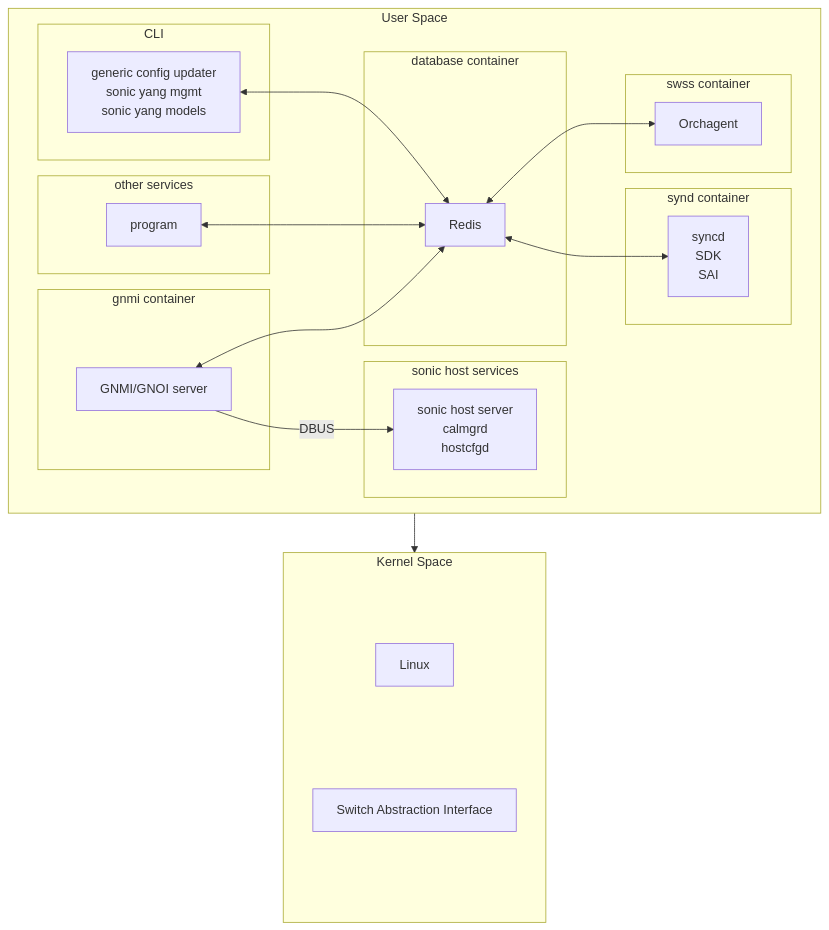
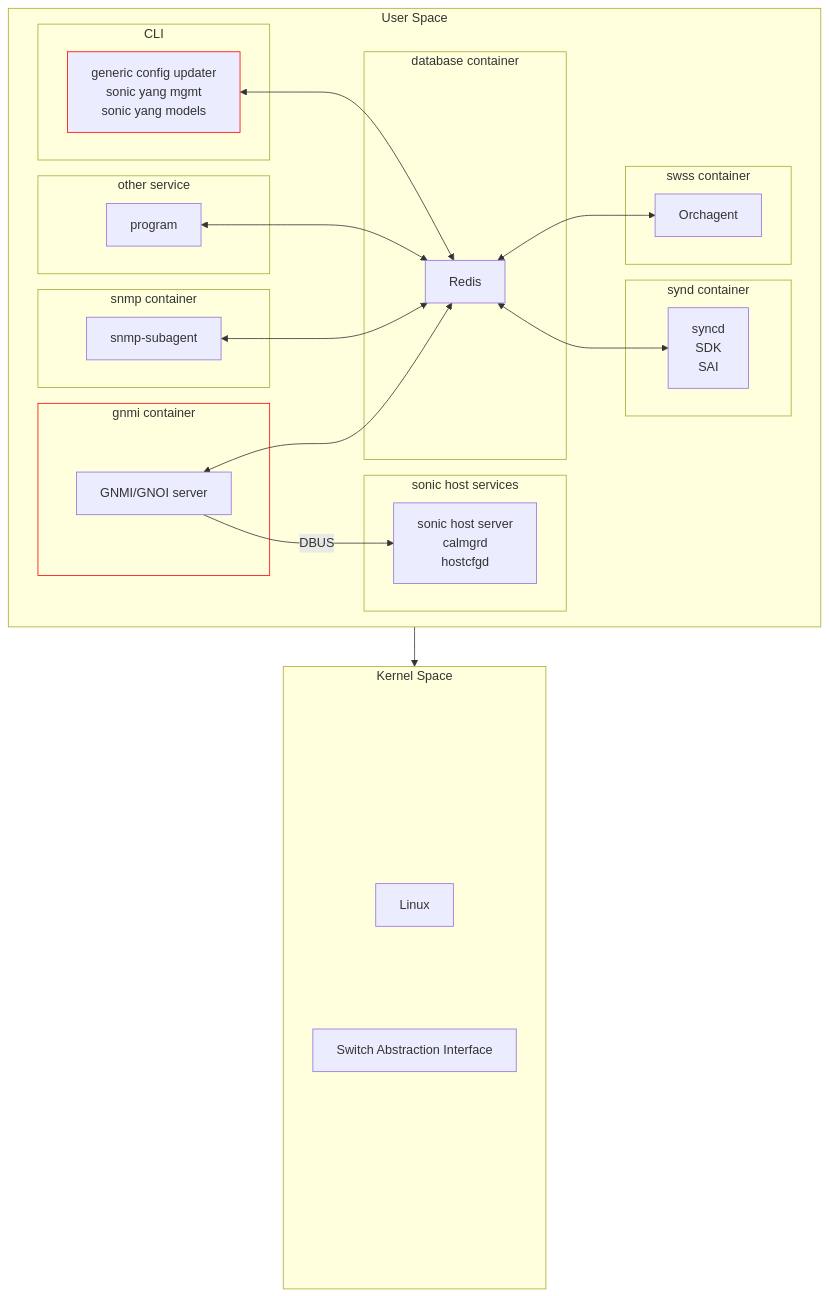
Before and after one commit to ganglyu/mermaid: the diagram in management_plane.md, drawn with Mermaid.

````diff
--- a/management_plane.md
+++ b/management_plane.md
@@ -1,43 +1,57 @@
 ```mermaid
 flowchart TD
+    classDef management stroke:#FF0000;
     subgraph UserSpace[User Space]
-        subgraph gnmi container
+        subgraph gnmiContainer[gnmi container]
             gnmi[GNMI/GNOI server]
         end
+        style gnmiContainer stroke:#FF0000;
         subgraph sonic host services
             hostServices[sonic host server<br>calmgrd<br>hostcfgd]
         end
-        subgraph other services
+        subgraph snmp container
+            snmp-subagent
+        end
+        subgraph other service
             program
         end
         subgraph swss container
             orchagent[Orchagent]
         end
         subgraph database container
             Redis[Redis]
         end
         subgraph synd container
             syncd[syncd<br>SDK<br>SAI]
         end
         subgraph CLI
-            GCU[generic config updater<br>sonic yang mgmt<br>sonic yang models]
+            GCU[generic config updater<br>sonic yang mgmt<br>sonic yang models]:::management
         end
         gnmi <--> Redis
         gnmi --> |DBUS|hostServices
+        snmp-subagent <--> Redis
         program <--> Redis
         GCU <--> Redis
         Redis <--> orchagent
         Redis <--> syncd
     end
     subgraph KernelSpace[Kernel Space]
         KernelA[ ]
+        KernelB[ ]
+        KernelC[ ]
         Linux[Linux]
-        KernelB[ ]
+        KernelD[ ]
         SAI[Switch Abstraction Interface]
-        KernelC[ ]
+        KernelE[ ]
+        KernelF[ ]
+        KernelG[ ]
         style KernelA visibility:hidden
         style KernelB visibility:hidden
         style KernelC visibility:hidden
+        style KernelD visibility:hidden
+        style KernelE visibility:hidden
+        style KernelF visibility:hidden
+        style KernelG visibility:hidden
     end
     UserSpace --> KernelSpace
 ```
````
